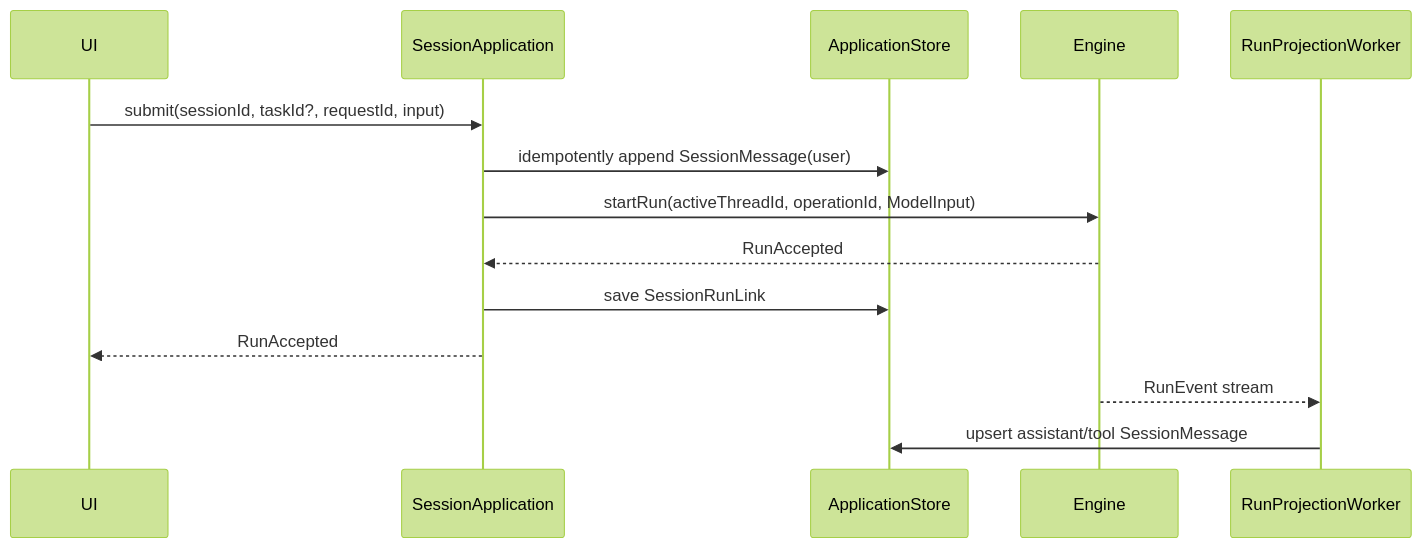
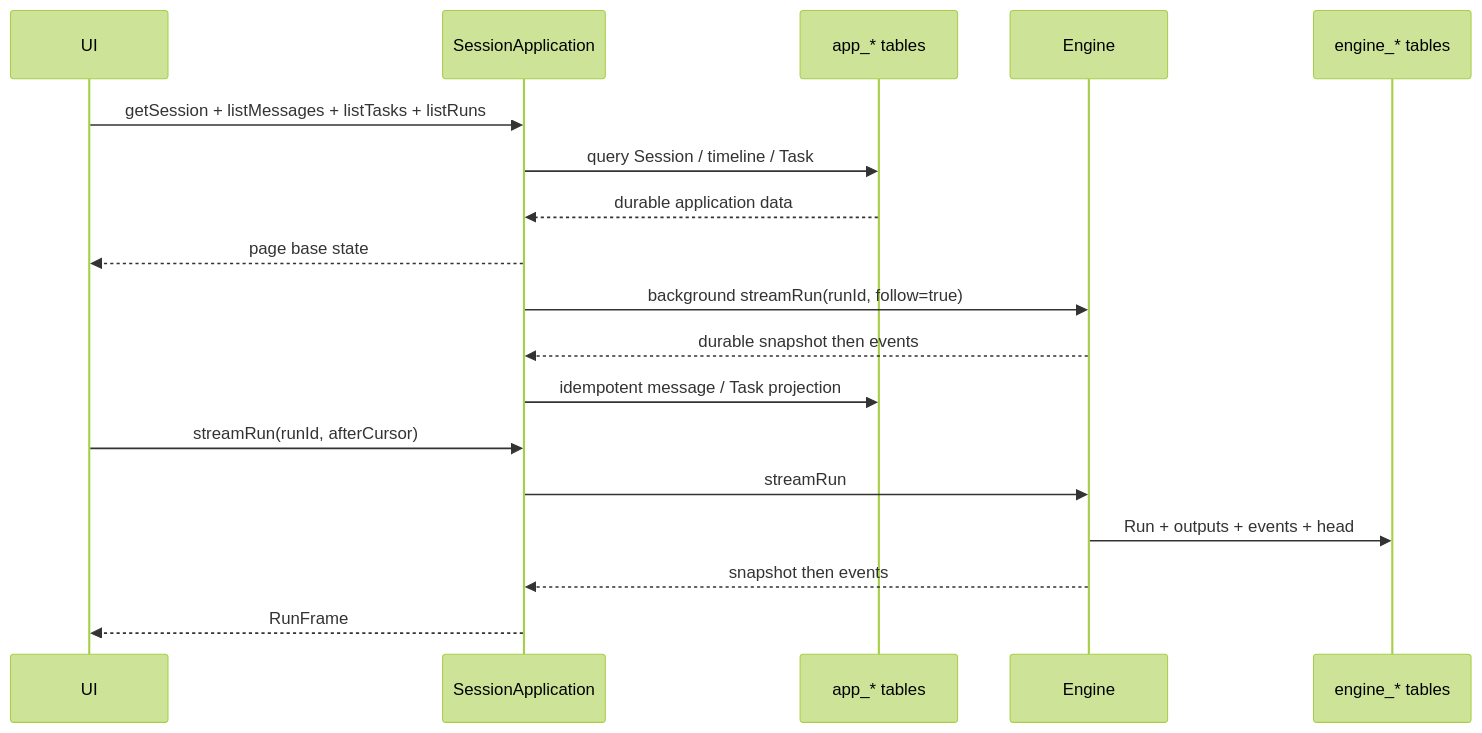
The sixth of 7 diagrams in docs/architecture/agent-application-engine-architecture.md (kodama-creative/ai-studio), drawn with Mermaid (forest theme) before and after one commit. The commit also changed other lines of this file and 167 other files, not shown here.

Commit message:
feat(agent): introduce engine and application layers

````diff
--- a/docs/architecture/agent-application-engine-architecture.md
+++ b/docs/architecture/agent-application-engine-architecture.md
@@ -582,17 +524,21 @@
 ```mermaid
 sequenceDiagram
   participant UI
   participant App as SessionApplication
-  participant AppStore as ApplicationStore
+  participant AppDB as app_* tables
   participant Engine
-  participant Projector as RunProjectionWorker
+  participant EngineDB as engine_* tables
 
-  UI->>App: submit(sessionId, taskId?, requestId, input)
-  App->>AppStore: idempotently append SessionMessage(user)
-  App->>Engine: startRun(activeThreadId, operationId, ModelInput)
-  Engine-->>App: RunAccepted
-  App->>AppStore: save SessionRunLink
-  App-->>UI: RunAccepted
-  Engine-->>Projector: RunEvent stream
-  Projector->>AppStore: upsert assistant/tool SessionMessage
+  UI->>App: getSession + listMessages + listTasks + listRuns
+  App->>AppDB: query Session / timeline / Task
+  AppDB-->>App: durable application data
+  App-->>UI: page base state
+  App->>Engine: background streamRun(runId, follow=true)
+  Engine-->>App: durable snapshot then events
+  App->>AppDB: idempotent message / Task projection
+  UI->>App: streamRun(runId, afterCursor)
+  App->>Engine: streamRun
+  Engine->>EngineDB: Run + outputs + events + head
+  Engine-->>App: snapshot then events
+  App-->>UI: RunFrame
 ```
````
